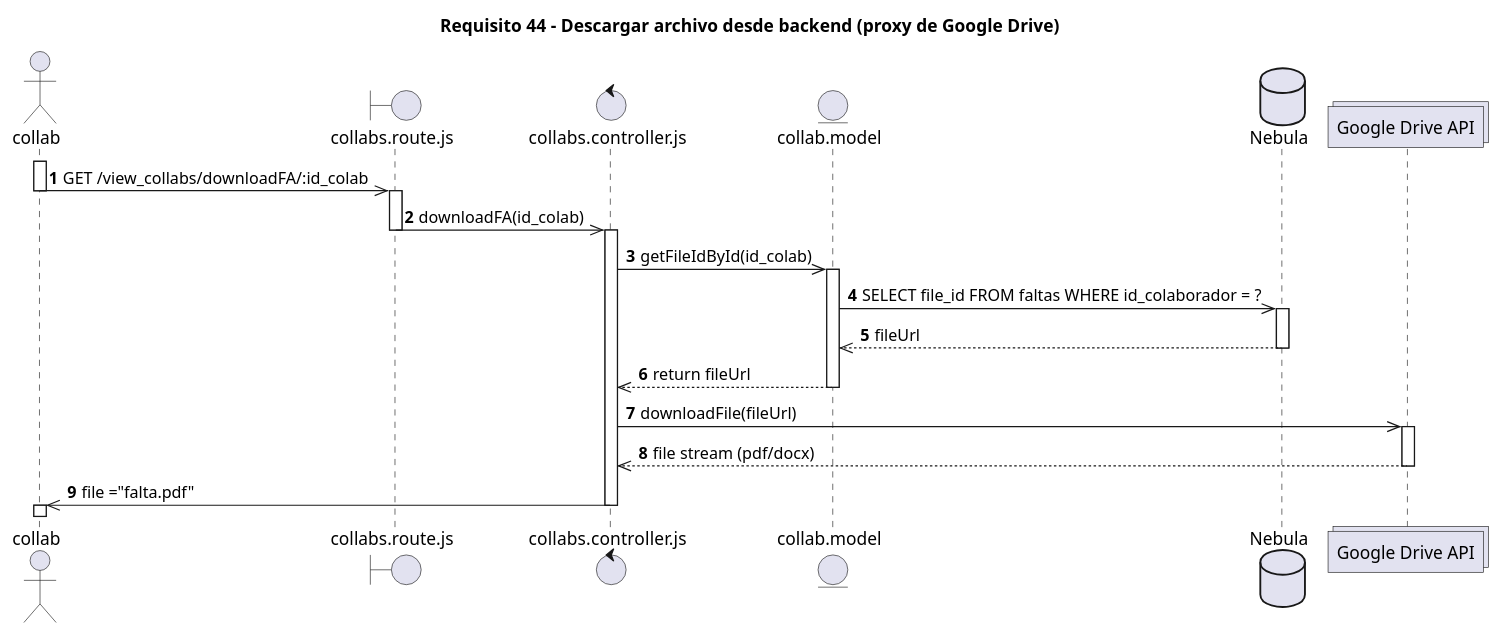
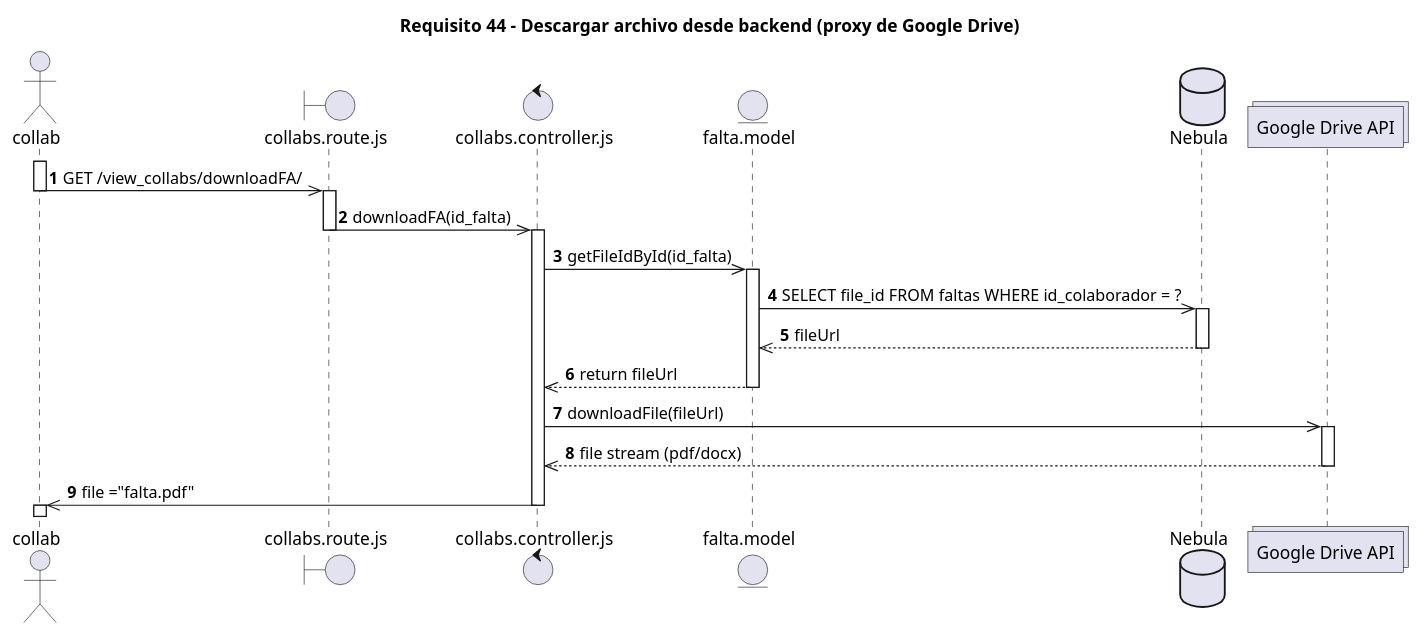
The diagram in diagramas_secuencia/req_44_download.puml (SALV19/Nebula_tc2005b), drawn with PlantUML before and after one commit. The commit also changed 3 other files, not shown here.

```diff
--- a/diagramas_secuencia/req_44_download.puml
+++ b/diagramas_secuencia/req_44_download.puml
@@ -1,42 +1,42 @@
 @startuml Req_44_Download_Backend
 title Requisito 44 - Descargar archivo desde backend (proxy de Google Drive)
 autonumber
 
 actor collab
 boundary collabs.route.js as collabRoute
 control collabs.controller.js as collabsController
-entity collab.model as collabModel
+entity falta.model as collabModel
 database Nebula as nebula
 collections "Google Drive API" as Google
 
 activate collab
-collab ->> collabRoute : GET /view_collabs/downloadFA/:id_colab
+collab ->> collabRoute : GET /view_collabs/downloadFA/
 deactivate collab
 
 activate collabRoute
-collabRoute ->> collabsController : downloadFA(id_colab)
+collabRoute ->> collabsController : downloadFA(id_falta)
 deactivate collabRoute
 
 activate collabsController
-collabsController ->> collabModel : getFileIdById(id_colab)
+collabsController ->> collabModel : getFileIdById(id_falta)
 
 activate collabModel
 collabModel ->> nebula : SELECT file_id FROM faltas WHERE id_colaborador = ?
 
 activate nebula
 nebula -->> collabModel : fileUrl
 deactivate nebula
 
 collabModel -->> collabsController : return fileUrl
 deactivate collabModel
 
 collabsController ->> Google : downloadFile(fileUrl)
 
 activate Google
 Google -->> collabsController : file stream (pdf/docx)
 deactivate Google
 
 collabsController ->> collab : file ="falta.pdf"
 deactivate collabsController
 activate collab
 @enduml
```
